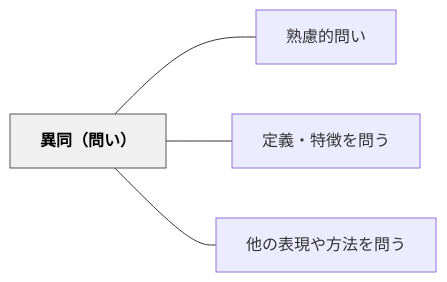
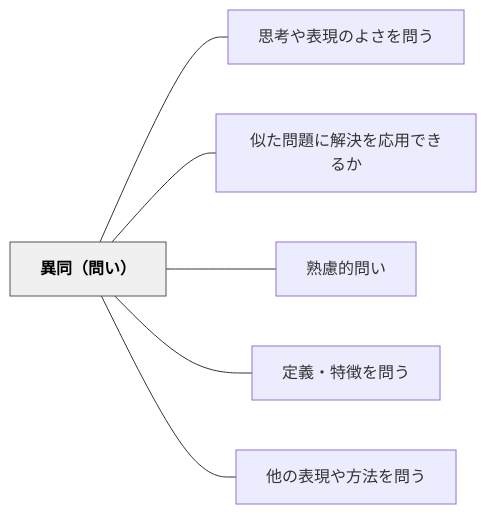
The diagram in content/パタン/異同（問い）.md (unknownthings-ed-patterns/unknownthings-ed-patterns), drawn with Mermaid before and after one commit. The commit also changed other lines of this file and 473 other files, not shown here.

````diff
--- a/content/パタン/異同（問い）.md
+++ b/content/パタン/異同（問い）.md
@@ -40,14 +42,18 @@
 ```mermaid
 flowchart LR
     ne795b0e5908c["異同（問い）"]
+    ne6809de88083["思考や表現のよさを問う"]
+    ne4bcbce3819f["似た問題に解決を応用できるか"]
     ne7869fe685ae["熟慮的問い"]
     ne5ae9ae7bea9["定義・特徴を問う"]
     ne4bb96e381ae["他の表現や方法を問う"]
 
+    ne795b0e5908c --- ne6809de88083
+    ne795b0e5908c --- ne4bcbce3819f
     ne795b0e5908c --- ne7869fe685ae
     ne795b0e5908c --- ne5ae9ae7bea9
     ne795b0e5908c --- ne4bb96e381ae
 
     classDef hub fill:#f0f0f0,stroke:#555,color:#000,font-weight:bold
     class ne795b0e5908c hub
 ```
````
